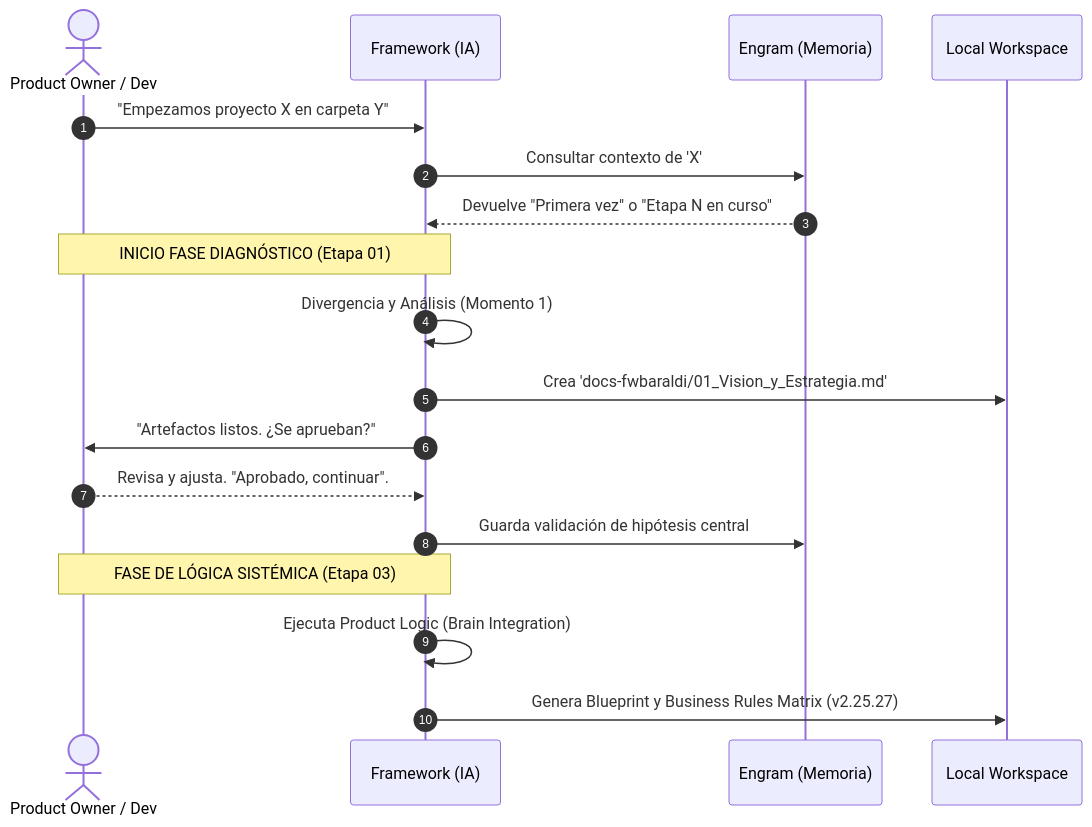
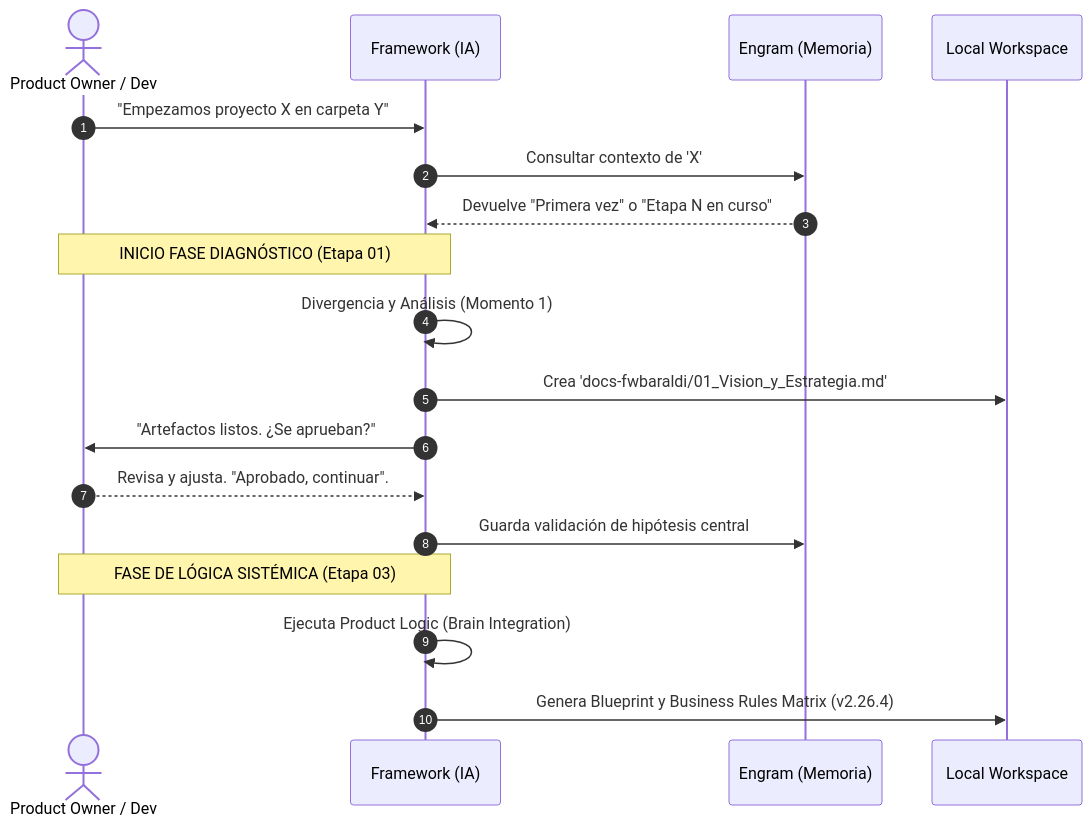
The second of 2 diagrams in ARQUITECTURA_CORE.md (leobaraldi96/fwbaraldi), drawn with Mermaid before and after one commit. The commit also changed other lines of this file and 125 other files, not shown here.

````diff
--- a/ARQUITECTURA_CORE.md
+++ b/ARQUITECTURA_CORE.md
@@ -79,26 +79,26 @@
 ```mermaid
 sequenceDiagram
     autonumber
     actor Humano as Product Owner / Dev
     participant IA as Framework (IA)
     participant E as Engram (Memoria)
     participant FS as Local Workspace
 
     Humano->>IA: "Empezamos proyecto X en carpeta Y"
     IA->>E: Consultar contexto de 'X'
     E-->>IA: Devuelve "Primera vez" o "Etapa N en curso"
     
     note over IA,Humano: INICIO FASE DIAGNÓSTICO (Etapa 01)
     IA->>IA: Divergencia y Análisis (Momento 1)
     
     IA->>FS: Crea 'docs-fwbaraldi/01_Vision_y_Estrategia.md'
     IA->>Humano: "Artefactos listos. ¿Se aprueban?"
     
     Humano-->>IA: Revisa y ajusta. "Aprobado, continuar".
     
     IA->>E: Guarda validación de hipótesis central
     
     note over IA,Humano: FASE DE LÓGICA SISTÉMICA (Etapa 03)
     IA->>IA: Ejecuta Product Logic (Brain Integration)
-    IA->>FS: Genera Blueprint y Business Rules Matrix (v2.25.27)
+    IA->>FS: Genera Blueprint y Business Rules Matrix (v2.26.4)
 ```
````
